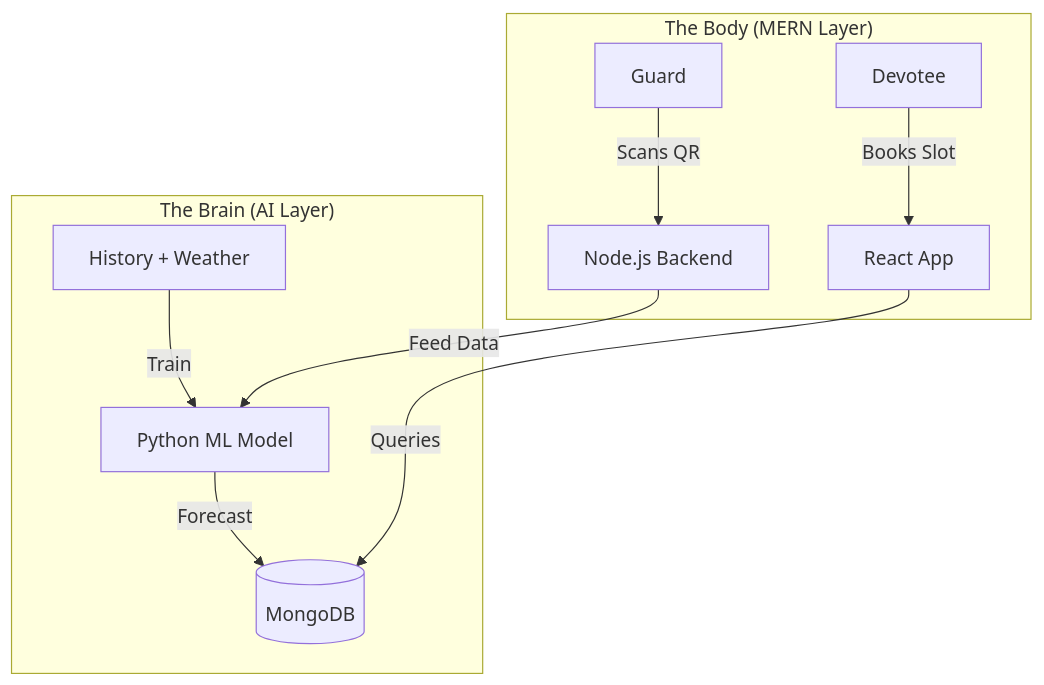
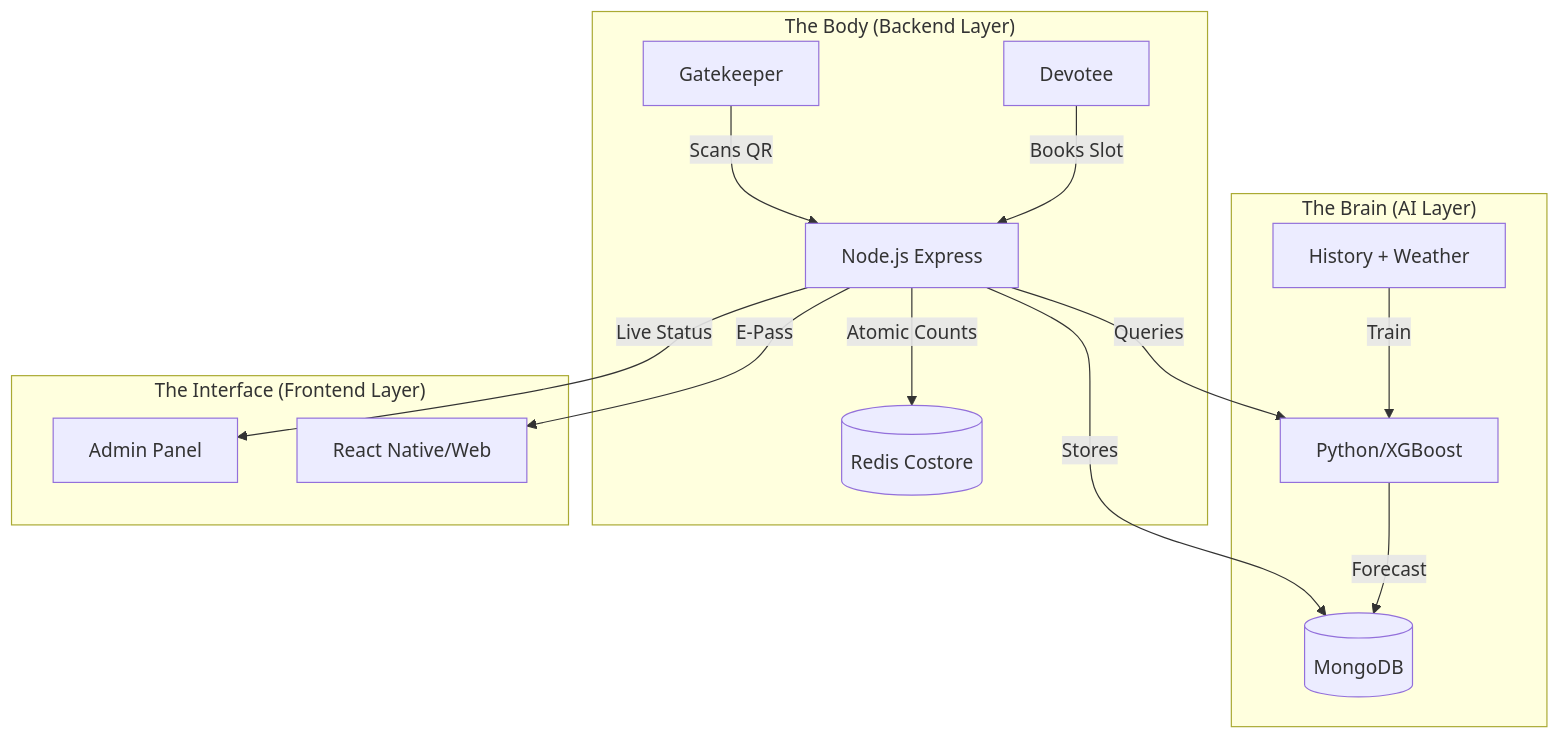
Before and after one commit to ByteAcumen/temple-crowd-management: the diagram in README.md, drawn with Mermaid. The commit also changed other lines of this file, not shown here.

````diff
--- a/README.md
+++ b/README.md
@@ -44,14 +50,20 @@
 ```mermaid
 graph TD
     subgraph "The Brain (AI Layer)"
-        Data[History + Weather] -->|Train| Model[Python ML Model]
+        Data[History + Weather] -->|Train| Model[Python/XGBoost]
         Model -->|Forecast| DB[(MongoDB)]
     end
 
-    subgraph "The Body (MERN Layer)"
-        User[Devotee] -->|Books Slot| Web[React App]
-        Web -->|Queries| DB
-        Staff[Guard] -->|Scans QR| API[Node.js Backend]
-        API -->|Feed Data| Model
+    subgraph "The Body (Backend Layer)"
+        User[Devotee] -->|Books Slot| API[Node.js Express]
+        Staff[Gatekeeper] -->|Scans QR| API
+        API -->|Atomic Counts| Redis[(Redis Costore)]
+        API -->|Queries| Model
+        API -->|Stores| DB
+    end
+
+    subgraph "The Interface (Frontend Layer)"
+        API -->|Live Status| Dashboard[Admin Panel]
+        API -->|E-Pass| App[React Native/Web]
     end
 ```
````
